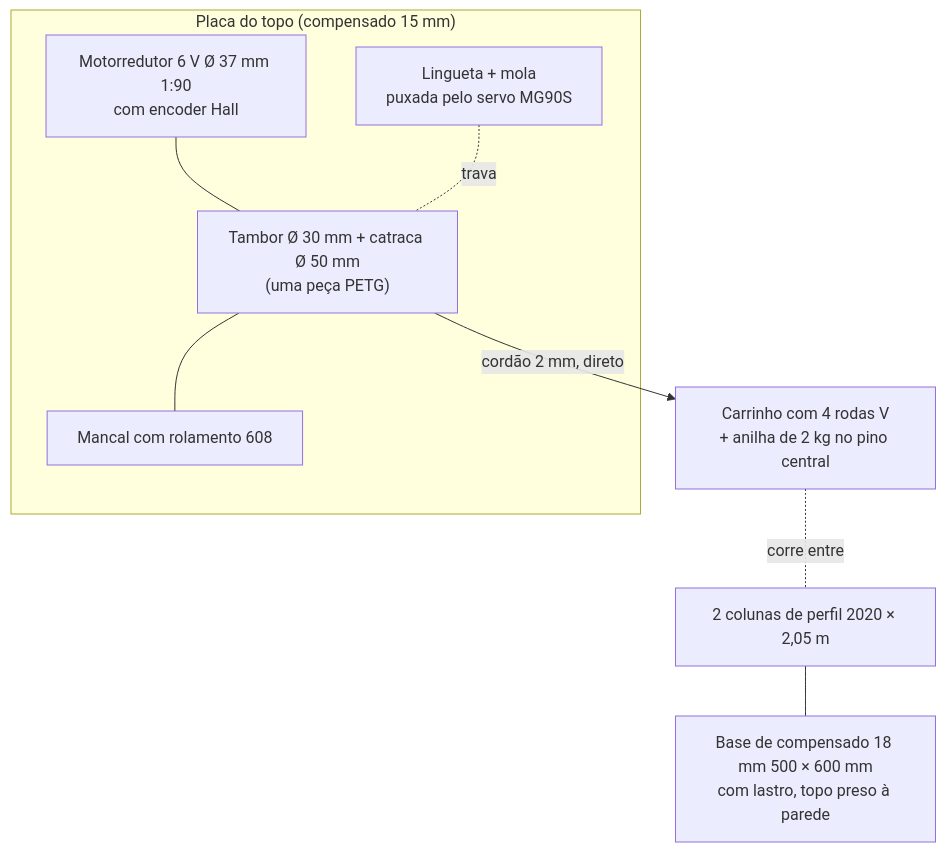
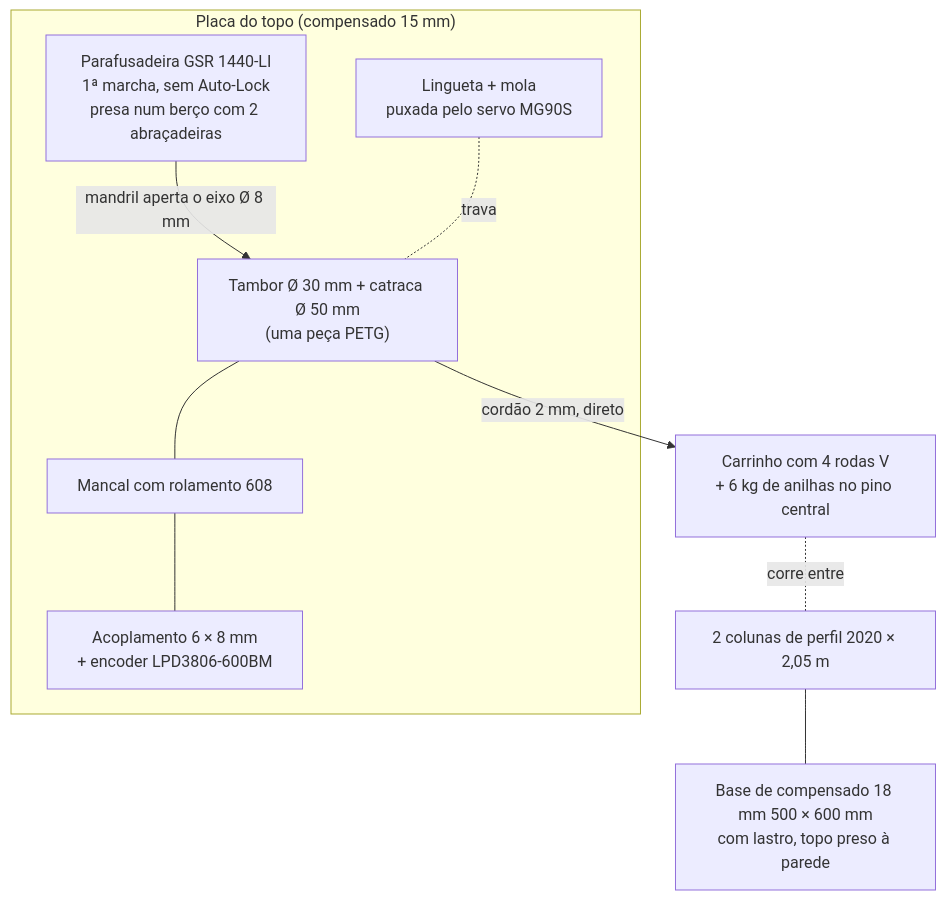
One commit to raimundogabriel/projeto-bateria-gravitacional changed the diagram in MVP_FABLAB/02_ARQUITETO/mecanica.md. Above: the diagram before and after it, drawn with Mermaid. The commit also changed other lines of this file and 24 other files, not shown here.

First line of the commit message:
MVP_FABLAB: parafusadeira Bosch GSR 1440-LI inteira com 6 kg (DEC-026)

````diff
--- a/MVP_FABLAB/02_ARQUITETO/mecanica.md
+++ b/MVP_FABLAB/02_ARQUITETO/mecanica.md
@@ -15,11 +16,12 @@
 ```mermaid
 flowchart TB
     subgraph TOPO["Placa do topo (compensado 15 mm)"]
-        M["Motorredutor 6 V Ø 37 mm 1:90<br/>com encoder Hall"] --- T["Tambor Ø 30 mm + catraca Ø 50 mm<br/>(uma peça PETG)"]
+        D["Parafusadeira GSR 1440-LI<br/>1ª marcha, sem Auto-Lock<br/>presa num berço com 2 abraçadeiras"] -->|"mandril aperta o eixo Ø 8 mm"| T["Tambor Ø 30 mm + catraca Ø 50 mm<br/>(uma peça PETG)"]
         T --- R["Mancal com rolamento 608"]
+        R --- E["Acoplamento 6 × 8 mm<br/>+ encoder LPD3806-600BM"]
         L["Lingueta + mola<br/>puxada pelo servo MG90S"] -.trava.- T
     end
-    T -->|"cordão 2 mm, direto"| C["Carrinho com 4 rodas V<br/>+ anilha de 2 kg no pino central"]
+    T -->|"cordão 2 mm, direto"| C["Carrinho com 4 rodas V<br/>+ 6 kg de anilhas no pino central"]
     C -.corre entre.- G["2 colunas de perfil 2020 × 2,05 m"]
     G --- B["Base de compensado 18 mm 500 × 600 mm<br/>com lastro, topo preso à parede"]
 ```
````
